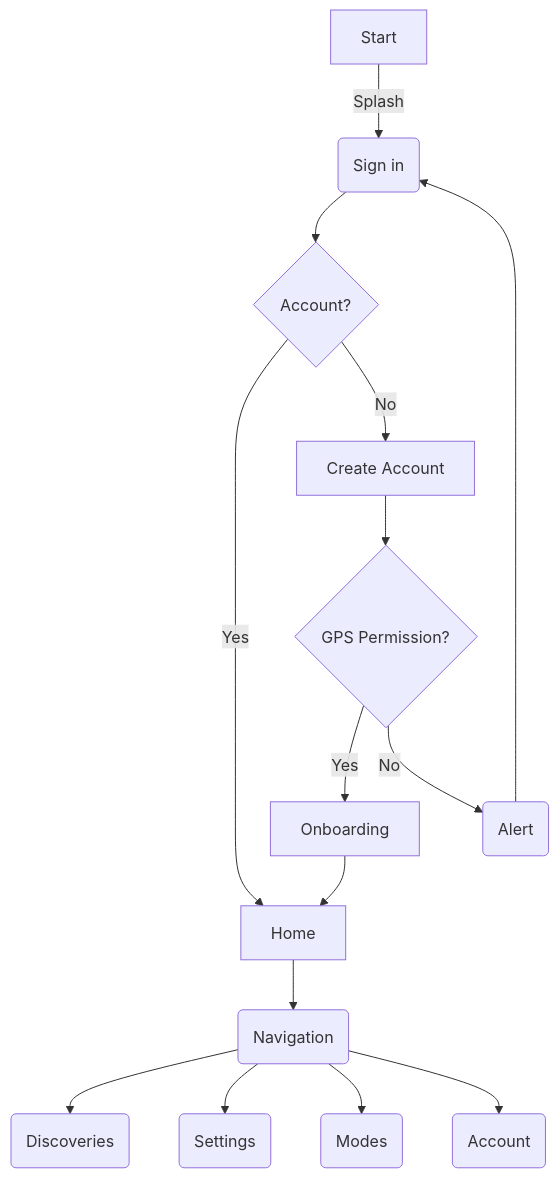
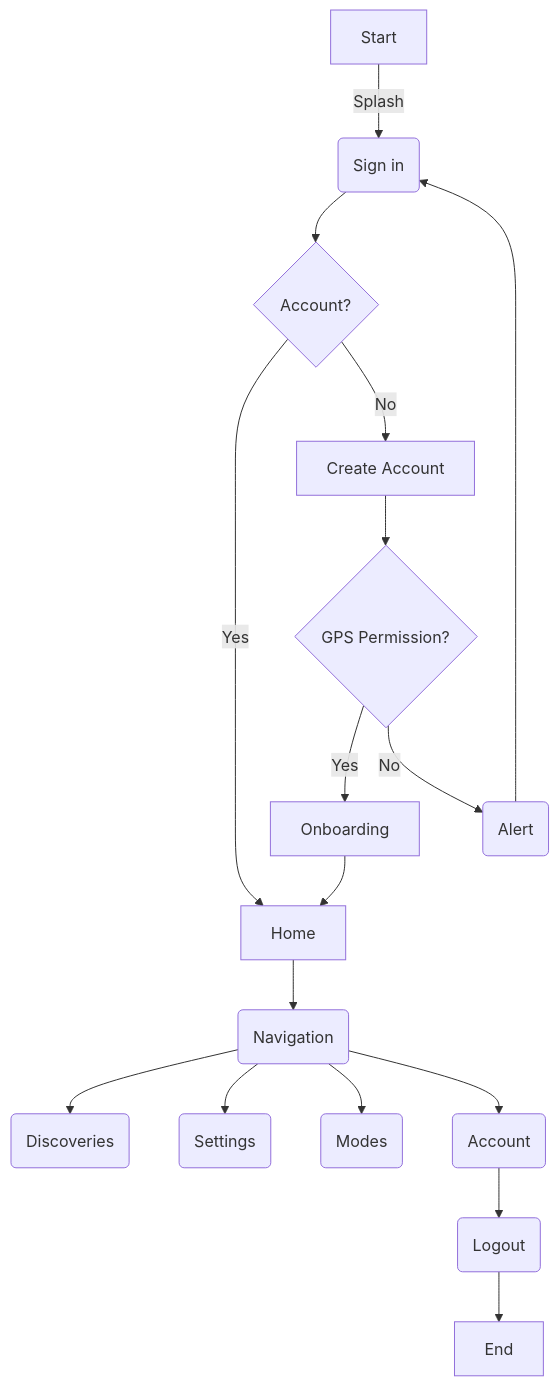
The third of 3 diagrams in README.md (kezzaam/guidinglight), drawn with Mermaid before and after one commit.

````diff
--- a/README.md
+++ b/README.md
@@ -81,16 +81,16 @@
 ```mermaid
 flowchart TB
     A[Start] -->|Splash| B(Sign in)
     B --> C{Account?}
     C -->|Yes| D[Home]
     C -->|No| E[Create Account]-->F{GPS Permission?}
     F --> |Yes| H[Onboarding]-->D
     F --> |No| G(Alert)-->B
     D --> I(Navigation)
     I --> J(Discoveries)
     I --> K(Settings)
     I --> L(Modes)
-    I --> M(Account)
+    I --> M(Account) -->N(Logout) -->O[End]
 
   
 ```
````
